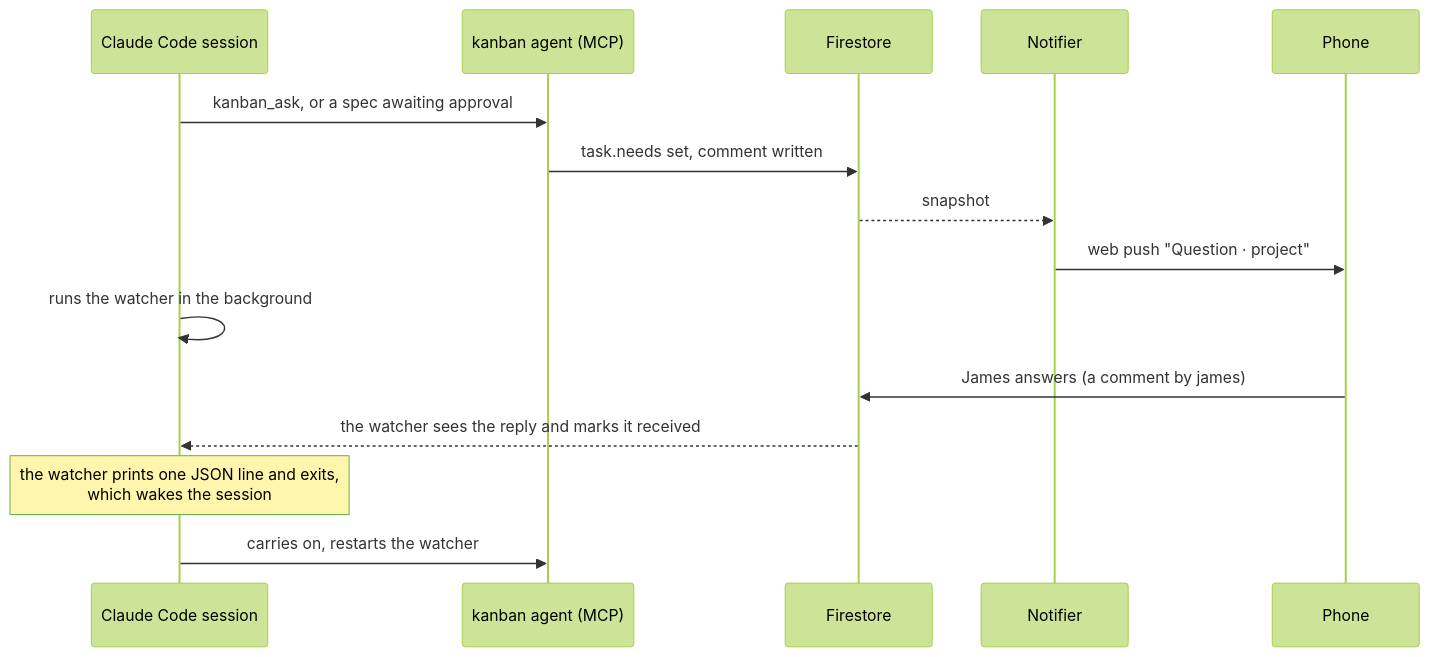
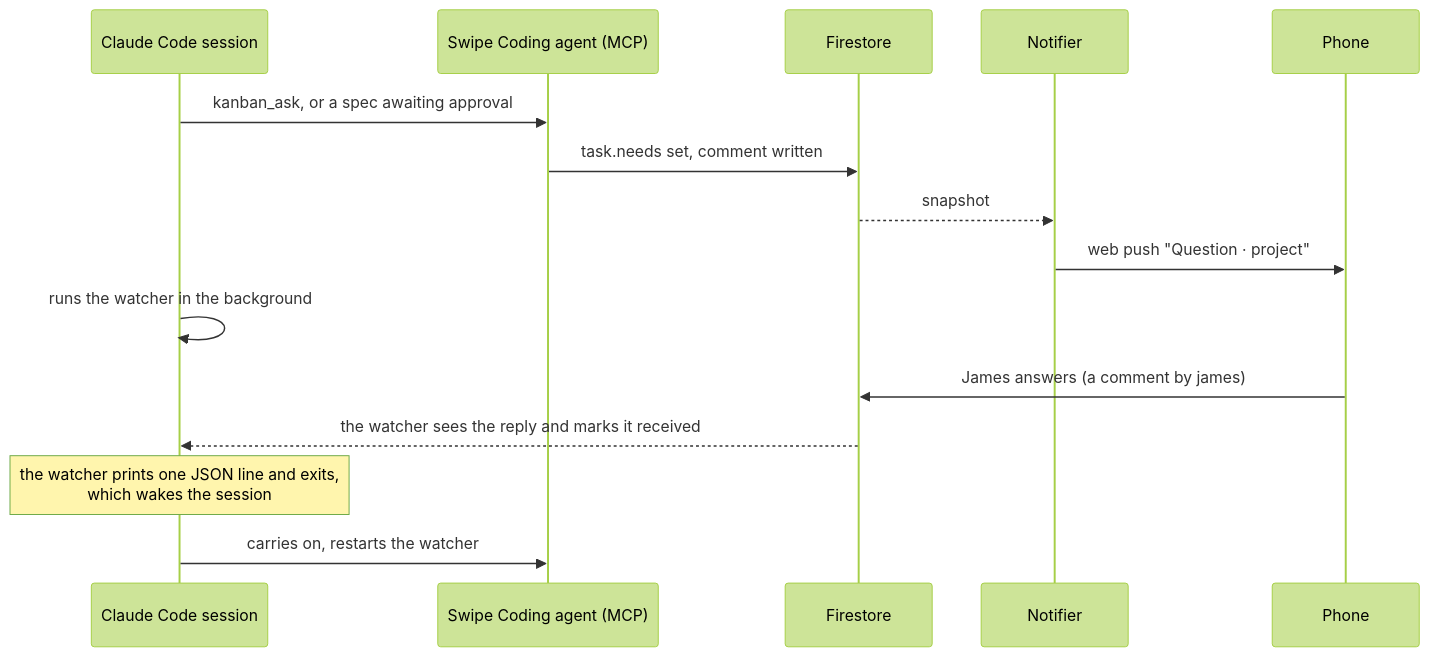
One commit to jamesdavisonio/swipe_coding changed the second of 2 diagrams in README.md. Above: the diagram before and after it, drawn with Mermaid (forest theme). The commit also changed other lines of this file, not shown here.

First line of the commit message:
docs(readme): call the tool Swipe Coding

````diff
--- a/README.md
+++ b/README.md
@@ -104,18 +108,18 @@
 ```mermaid
 sequenceDiagram
   participant S as Claude Code session
-  participant A as kanban agent (MCP)
+  participant A as Swipe Coding agent (MCP)
   participant F as Firestore
   participant N as Notifier
   participant P as Phone
 
   S->>A: kanban_ask, or a spec awaiting approval
   A->>F: task.needs set, comment written
   F-->>N: snapshot
   N->>P: web push "Question · project"
   S->>S: runs the watcher in the background
   P->>F: James answers (a comment by james)
   F-->>S: the watcher sees the reply and marks it received
   Note over S: the watcher prints one JSON line and exits,<br/>which wakes the session
   S->>A: carries on, restarts the watcher
 ```
````
